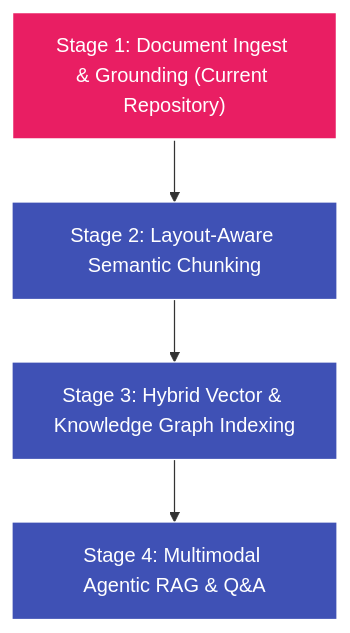
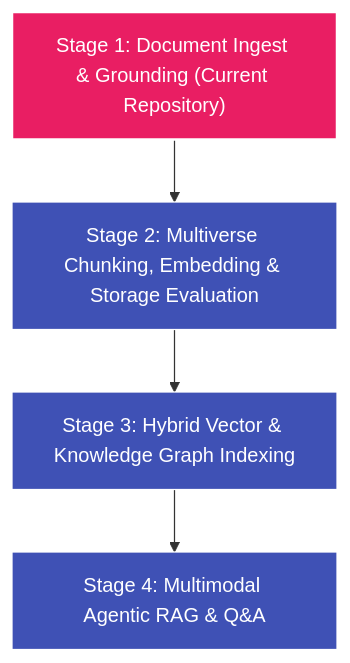
The diagram in README.md (Falsegen1288/Document_Understanding), drawn with Mermaid before and after one commit. The commit also changed other lines of this file, not shown here.

Commit message:
docs: update model evaluation tables, roadmap, and API URLs in README.md

````diff
--- a/README.md
+++ b/README.md
@@ -32,9 +32,9 @@
 ```mermaid
 graph TD
     classDef active fill:#e91e63,stroke:#fff,stroke-width:2px,color:#fff;
     classDef future fill:#3f51b5,stroke:#fff,stroke-width:1px,color:#fff;
 
-    S1["Stage 1: Document Ingest & Grounding (Current Repository)"]:::active --> S2["Stage 2: Layout-Aware Semantic Chunking"]:::future
+    S1["Stage 1: Document Ingest & Grounding (Current Repository)"]:::active --> S2["Stage 2: Multiverse Chunking, Embedding & Storage Evaluation"]:::future
     S2 --> S3["Stage 3: Hybrid Vector & Knowledge Graph Indexing"]:::future
     S3 --> S4["Stage 4: Multimodal Agentic RAG & Q&A"]:::future
 ```
````
